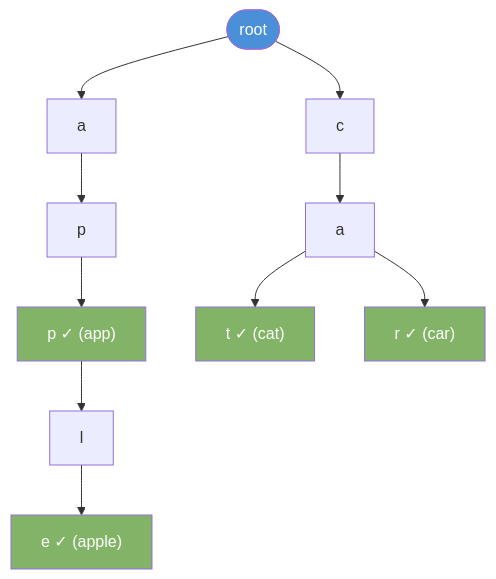
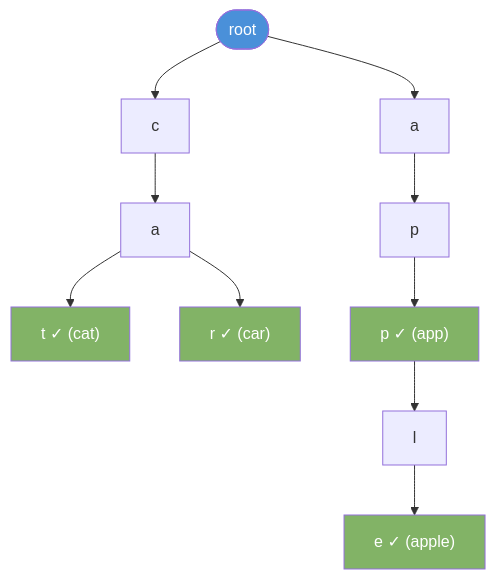
One commit to valarpirai/software-enginneering changed the diagram in docs/10-trie.md. Above: the diagram before and after it, drawn with Mermaid. The commit also changed other lines of this file and 1 other file, not shown here.

First line of the commit message:
Rewrite trie and graph docs to follow template rules

````diff
--- a/docs/10-trie.md
+++ b/docs/10-trie.md
@@ -9,17 +36,17 @@
 ```mermaid
 graph TD
-    ROOT(["root"]) --> A["a"]
-    ROOT --> C["c"]
+    ROOT(["root"]) --> C["c"]
+    ROOT --> A["a"]
+    C --> CA["a"]
+    CA --> CAT["t ✓ (cat)"]
+    CA --> CAR["r ✓ (car)"]
     A --> AP["p"]
-    AP --> APP["p  ✓ (app)"]
+    AP --> APP["p ✓ (app)"]
     APP --> APPL["l"]
-    APPL --> APPLE["e  ✓ (apple)"]
-    C --> CA["a"]
-    CA --> CAT["t  ✓ (cat)"]
-    CA --> CAR["r  ✓ (car)"]
+    APPL --> APPLE["e ✓ (apple)"]
     style ROOT fill:#4a90d9,color:#fff
+    style CAT fill:#82b366,color:#fff
+    style CAR fill:#82b366,color:#fff
     style APP fill:#82b366,color:#fff
     style APPLE fill:#82b366,color:#fff
-    style CAT fill:#82b366,color:#fff
-    style CAR fill:#82b366,color:#fff
 ```
````
